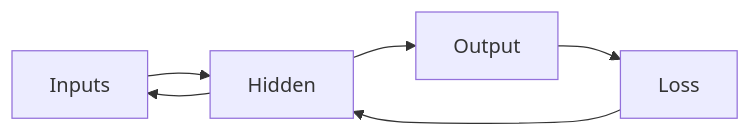
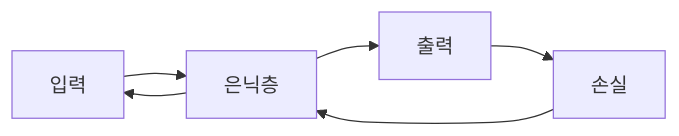
The diagram in content/calculus-for-ml-101/ko/09-backpropagation-intuition.md (yeongseon-books/book-content), drawn with Mermaid before and after one commit. The commit also changed other lines of this file and 6 other files, not shown here.

````diff
--- a/content/calculus-for-ml-101/ko/09-backpropagation-intuition.md
+++ b/content/calculus-for-ml-101/ko/09-backpropagation-intuition.md
@@ -33,8 +49,8 @@
 ```mermaid
 flowchart LR
-    X[Inputs] --> H[Hidden]
-    H --> Y[Output]
-    Y --> L[Loss]
+    X[입력] --> H[은닉층]
+    H --> Y[출력]
+    Y --> L[손실]
     L --> H
     H --> X
 ```
````
